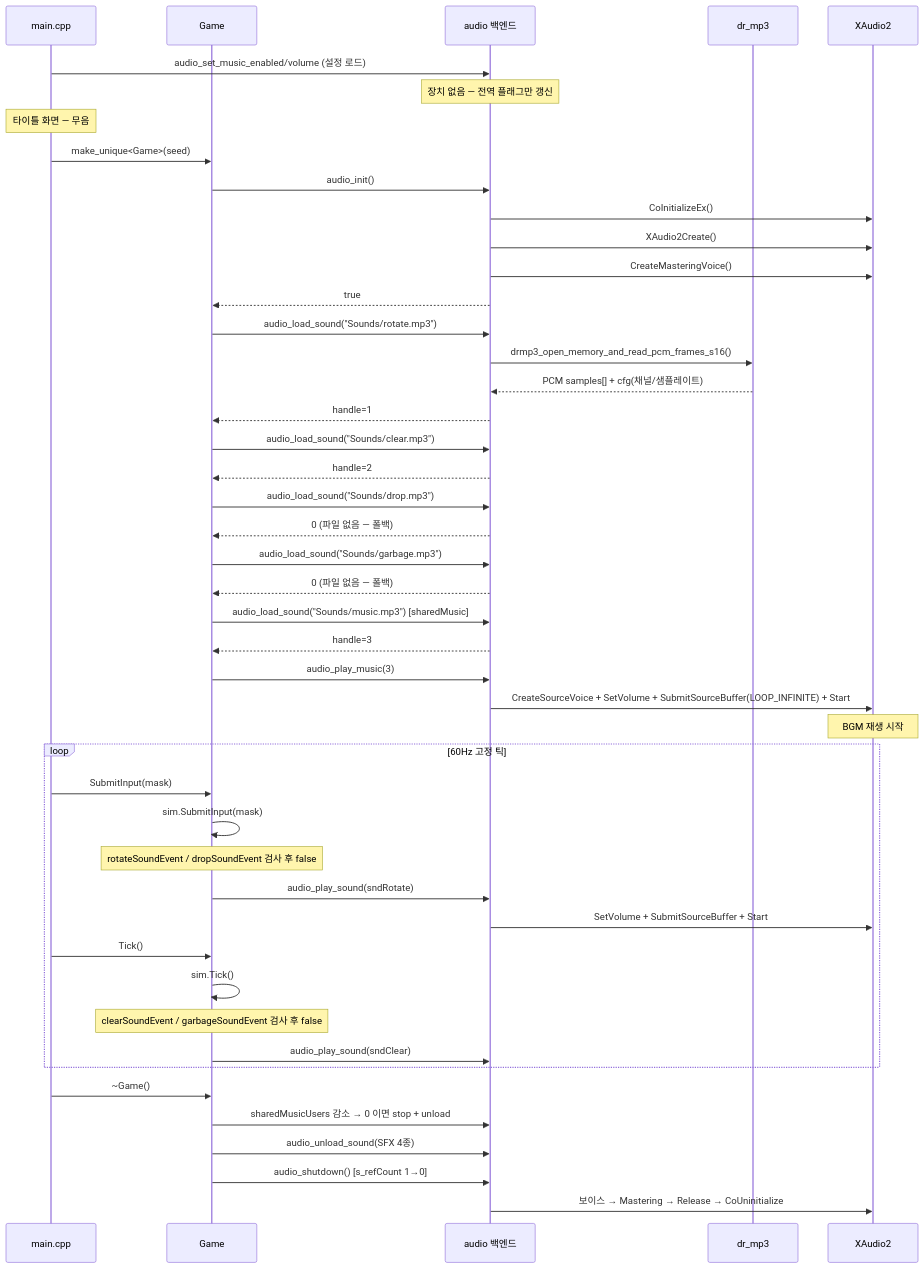
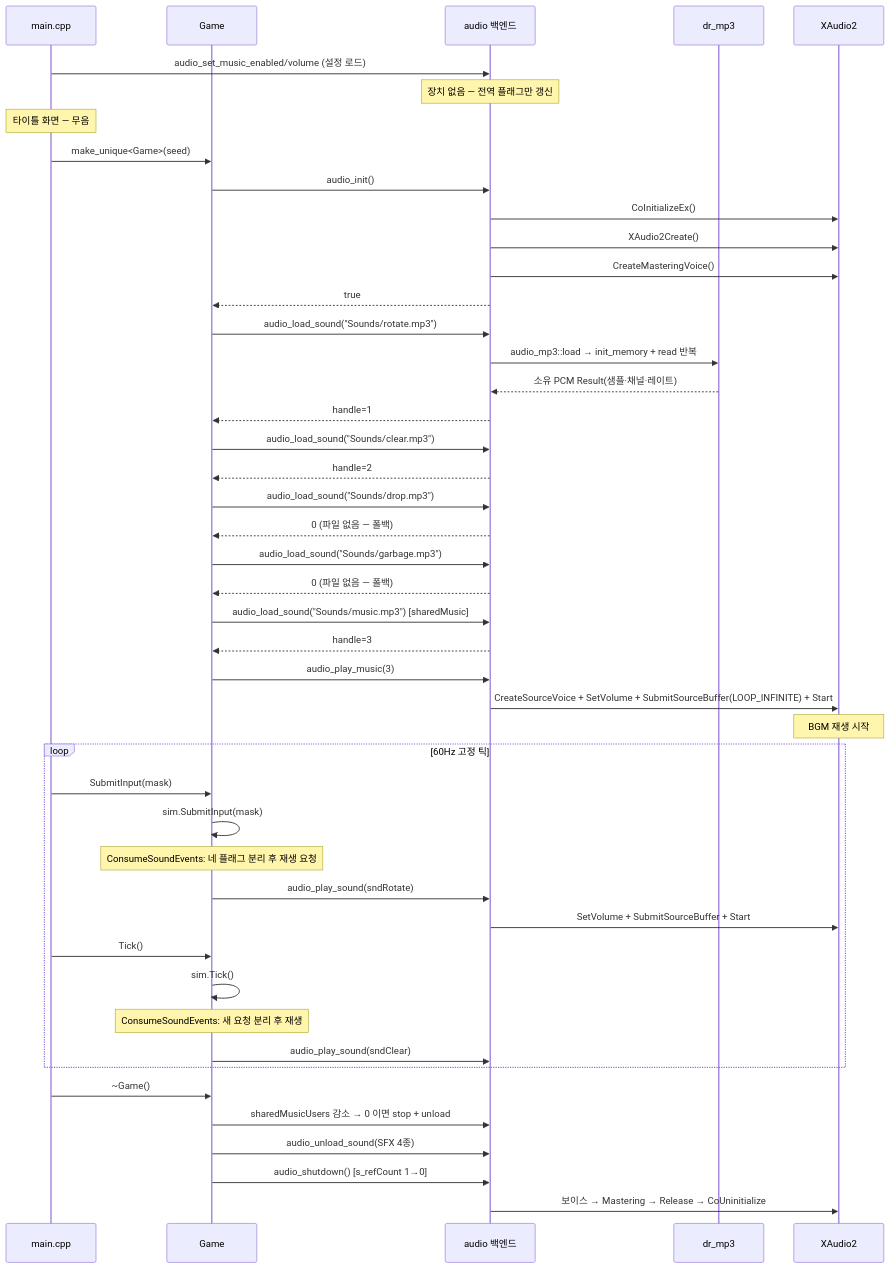
Before and after one commit to Rein-ArXiv/Tetris-Multiplayer-RL: the seventh of 7 diagrams in docs/blog/part5-audio.md, drawn with Mermaid. The commit also changed other lines of this file and 51035 other files, not shown here.

````diff
--- a/docs/blog/part5-audio.md
+++ b/docs/blog/part5-audio.md
@@ -2163,55 +2276,55 @@
 ```mermaid
 sequenceDiagram
     participant Main as main.cpp
     participant G as Game
     participant A as audio 백엔드
     participant DR as dr_mp3
     participant XA as XAudio2
 
     Main->>A: audio_set_music_enabled/volume (설정 로드)
     Note over A: 장치 없음 — 전역 플래그만 갱신
 
     Note over Main: 타이틀 화면 — 무음
 
     Main->>G: make_unique<Game>(seed)
     G->>A: audio_init()
     A->>XA: CoInitializeEx()
     A->>XA: XAudio2Create()
     A->>XA: CreateMasteringVoice()
     A-->>G: true
 
     G->>A: audio_load_sound("Sounds/rotate.mp3")
-    A->>DR: drmp3_open_memory_and_read_pcm_frames_s16()
-    DR-->>A: PCM samples[] + cfg(채널/샘플레이트)
+    A->>DR: audio_mp3::load → init_memory + read 반복
+    DR-->>A: 소유 PCM Result(샘플·채널·레이트)
     A-->>G: handle=1
     G->>A: audio_load_sound("Sounds/clear.mp3")
     A-->>G: handle=2
     G->>A: audio_load_sound("Sounds/drop.mp3")
     A-->>G: 0 (파일 없음 — 폴백)
     G->>A: audio_load_sound("Sounds/garbage.mp3")
     A-->>G: 0 (파일 없음 — 폴백)
     G->>A: audio_load_sound("Sounds/music.mp3") [sharedMusic]
     A-->>G: handle=3
     G->>A: audio_play_music(3)
     A->>XA: CreateSourceVoice + SetVolume + SubmitSourceBuffer(LOOP_INFINITE) + Start
     Note over XA: BGM 재생 시작
 
     loop 60Hz 고정 틱
         Main->>G: SubmitInput(mask)
         G->>G: sim.SubmitInput(mask)
-        Note over G: rotateSoundEvent / dropSoundEvent 검사 후 false
+        Note over G: ConsumeSoundEvents: 네 플래그 분리 후 재생 요청
         G->>A: audio_play_sound(sndRotate)
         A->>XA: SetVolume + SubmitSourceBuffer + Start
 
         Main->>G: Tick()
         G->>G: sim.Tick()
-        Note over G: clearSoundEvent / garbageSoundEvent 검사 후 false
+        Note over G: ConsumeSoundEvents: 새 요청 분리 후 재생
         G->>A: audio_play_sound(sndClear)
     end
 
     Main->>G: ~Game()
     G->>A: sharedMusicUsers 감소 → 0 이면 stop + unload
     G->>A: audio_unload_sound(SFX 4종)
     G->>A: audio_shutdown() [s_refCount 1→0]
     A->>XA: 보이스 → Mastering → Release → CoUninitialize
 ```
````
